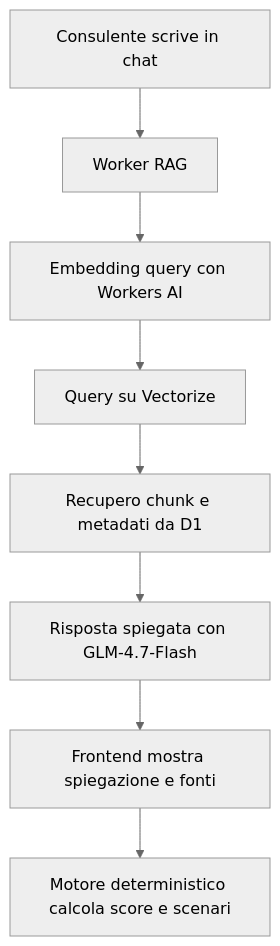
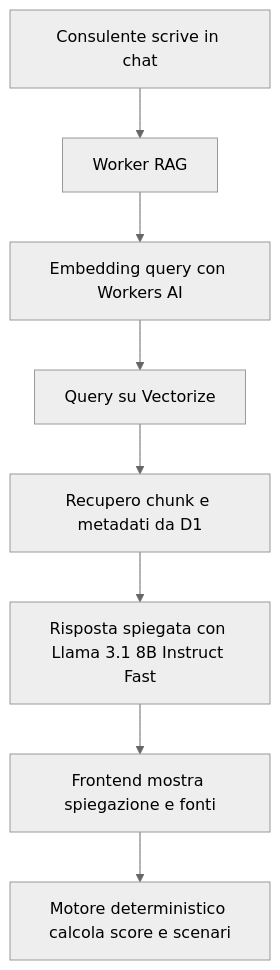
The diagram in docs/cloudflare-rag-mvp.md (alquati99-cell/simulatore), drawn with Mermaid (neutral theme) before and after one commit. The commit also changed other lines of this file and 3 other files, not shown here.

````diff
--- a/docs/cloudflare-rag-mvp.md
+++ b/docs/cloudflare-rag-mvp.md
@@ -76,10 +76,10 @@
 ```mermaid
 flowchart TD
     A["Consulente scrive in chat"] --> B["Worker RAG"]
     B --> C["Embedding query con Workers AI"]
     C --> D["Query su Vectorize"]
     D --> E["Recupero chunk e metadati da D1"]
-    E --> F["Risposta spiegata con GLM-4.7-Flash"]
+    E --> F["Risposta spiegata con Llama 3.1 8B Instruct Fast"]
     F --> G["Frontend mostra spiegazione e fonti"]
     G --> H["Motore deterministico calcola score e scenari"]
 ```
````
